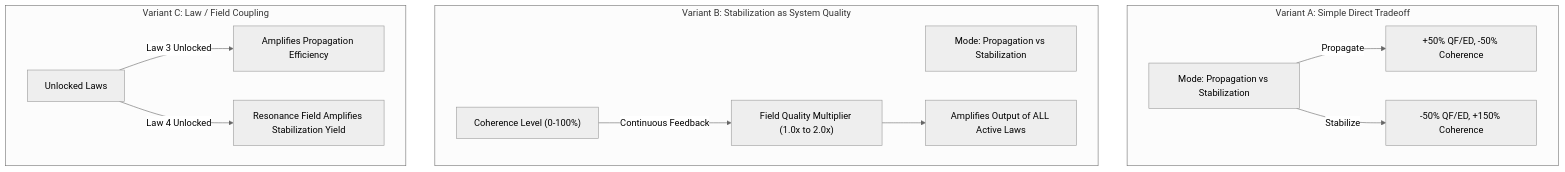
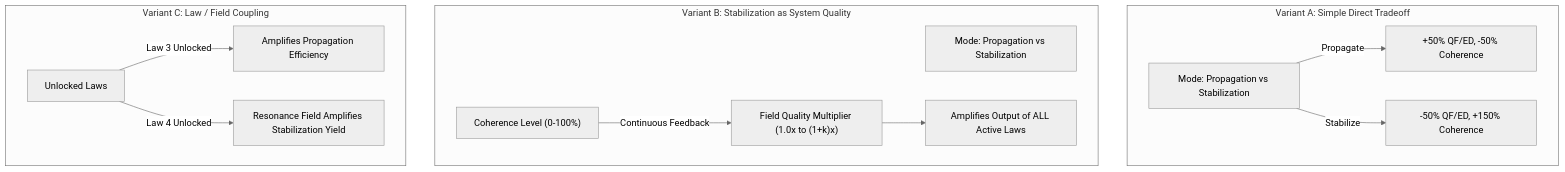
The first of 2 diagrams in docs/11_PRE_P5_3_ERA1_MACHINE_PROTOTYPE.md (Entropy030/star-forge-idle), drawn with Mermaid (neutral theme) before and after one commit. The commit also changed other lines of this file, not shown here.

````diff
--- a/docs/11_PRE_P5_3_ERA1_MACHINE_PROTOTYPE.md
+++ b/docs/11_PRE_P5_3_ERA1_MACHINE_PROTOTYPE.md
@@ -78,18 +71,18 @@
 ```mermaid
 graph TD
   subgraph Variant_A["Variant A: Simple Direct Tradeoff"]
     ModeA["Mode: Propagation vs Stabilization"] -->|Propagate| QFA["+50% QF/ED, -50% Coherence"]
     ModeA -->|Stabilize| CSA["-50% QF/ED, +150% Coherence"]
   end
 
   subgraph Variant_B["Variant B: Stabilization as System Quality"]
     ModeB["Mode: Propagation vs Stabilization"]
-    CoherenceVal["Coherence Level (0-100%)"] -->|Continuous Feedback| Quality["Field Quality Multiplier (1.0x to 2.0x)"]
+    CoherenceVal["Coherence Level (0-100%)"] -->|Continuous Feedback| Quality["Field Quality Multiplier (1.0x to (1+k)x)"]
     Quality --> LawOutput["Amplifies Output of ALL Active Laws"]
   end
 
   subgraph Variant_C["Variant C: Law / Field Coupling"]
     LawsUnlocked["Unlocked Laws"] -->|Law 3 Unlocked| AmpProp["Amplifies Propagation Efficiency"]
     LawsUnlocked -->|Law 4 Unlocked| AmpStab["Resonance Field Amplifies Stabilization Yield"]
   end
 ```
````
